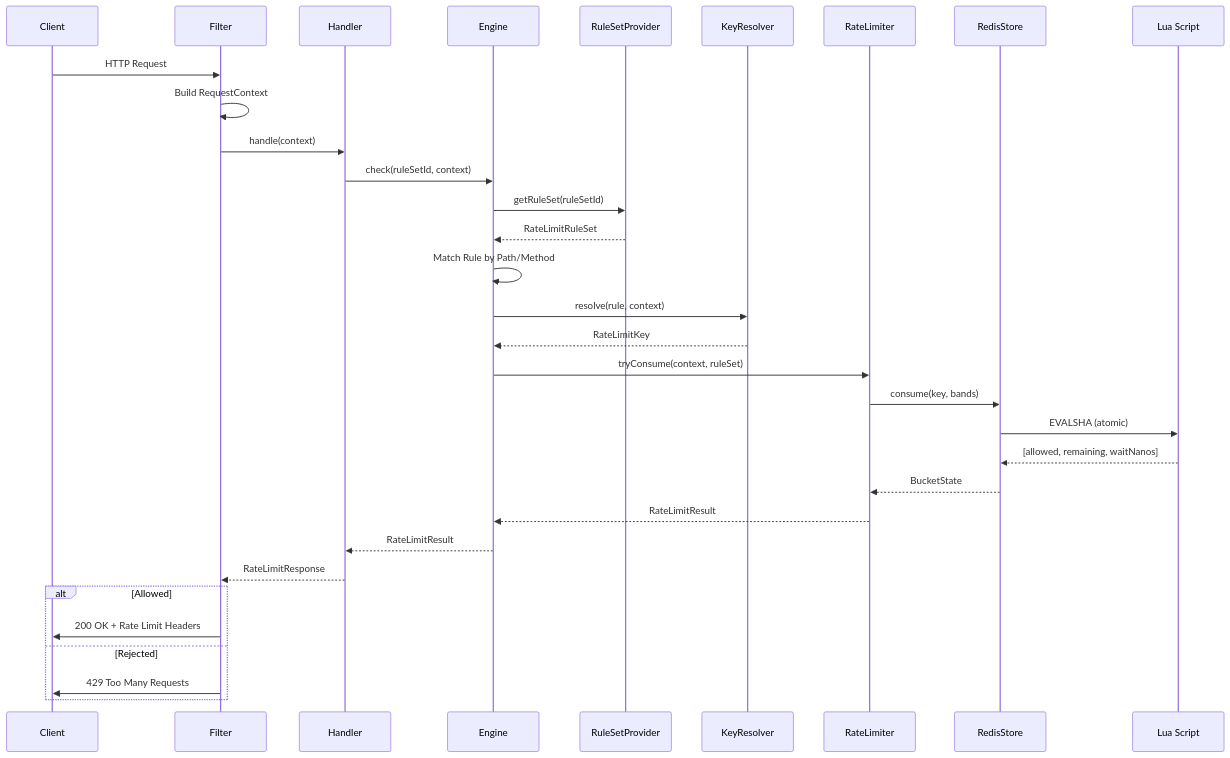
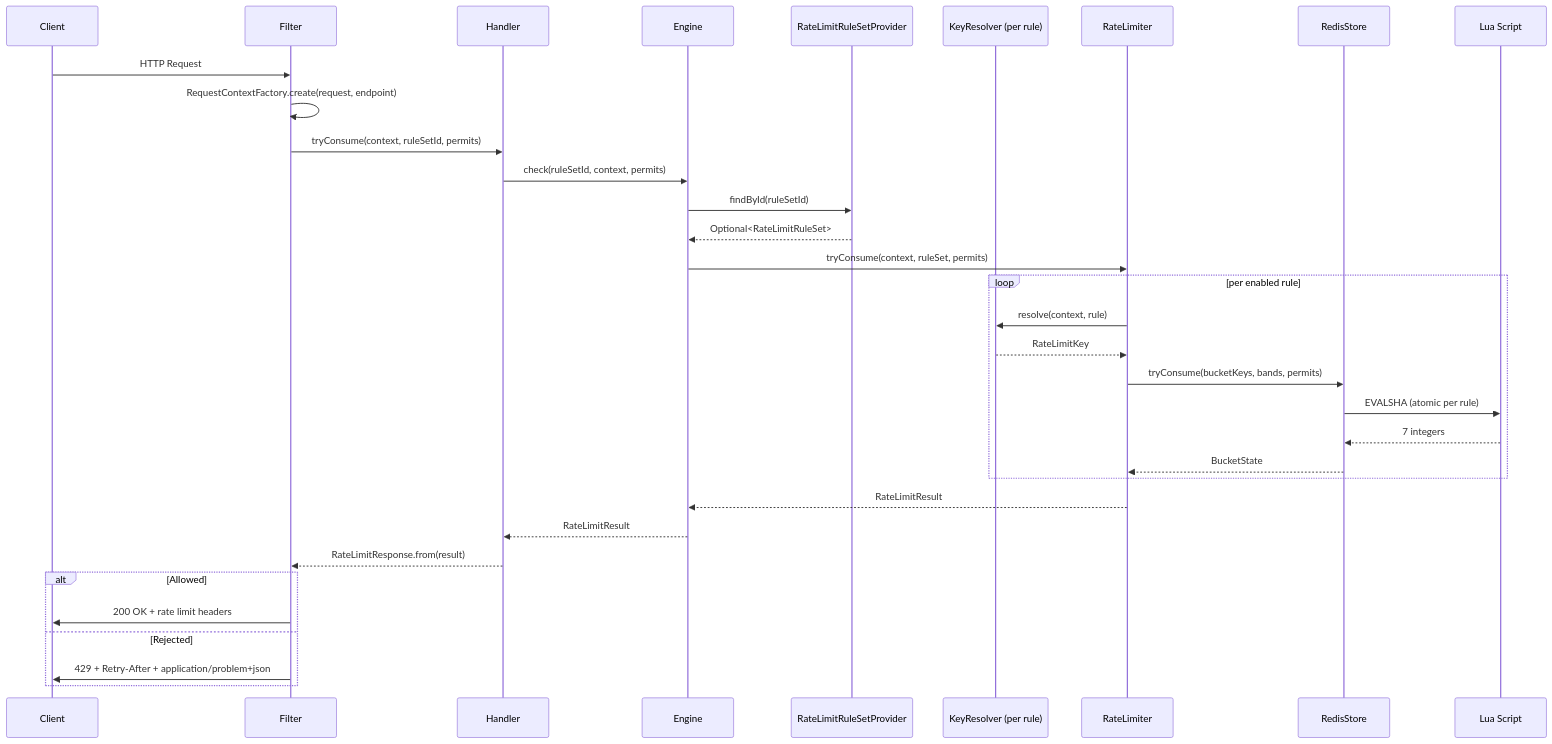
Before and after one commit to OpenFluxGate/fluxgate: the eighth of 11 diagrams in docs/en/architecture/README.md, drawn with Mermaid. The commit also changed other lines of this file and 33 other files, not shown here.

Commit message:
docs: 0.4 README, CHANGELOG, migration guide and architecture docs (EN/KO)

````diff
--- a/docs/en/architecture/README.md
+++ b/docs/en/architecture/README.md
@@ -629,36 +666,37 @@
 ```mermaid
 sequenceDiagram
     participant C as Client
     participant F as Filter
     participant H as Handler
     participant E as Engine
-    participant P as RuleSetProvider
-    participant K as KeyResolver
+    participant P as RateLimitRuleSetProvider
+    participant K as KeyResolver (per rule)
     participant R as RateLimiter
     participant S as RedisStore
     participant L as Lua Script
 
     C->>F: HTTP Request
-    F->>F: Build RequestContext
-    F->>H: handle(context)
-    H->>E: check(ruleSetId, context)
-    E->>P: getRuleSet(ruleSetId)
-    P-->>E: RateLimitRuleSet
-    E->>E: Match Rule by Path/Method
-    E->>K: resolve(rule, context)
-    K-->>E: RateLimitKey
-    E->>R: tryConsume(context, ruleSet)
-    R->>S: consume(key, bands)
-    S->>L: EVALSHA (atomic)
-    L-->>S: [allowed, remaining, waitNanos]
-    S-->>R: BucketState
+    F->>F: RequestContextFactory.create(request, endpoint)
+    F->>H: tryConsume(context, ruleSetId, permits)
+    H->>E: check(ruleSetId, context, permits)
+    E->>P: findById(ruleSetId)
+    P-->>E: Optional<RateLimitRuleSet>
+    E->>R: tryConsume(context, ruleSet, permits)
+    loop per enabled rule
+        R->>K: resolve(context, rule)
+        K-->>R: RateLimitKey
+        R->>S: tryConsume(bucketKeys, bands, permits)
+        S->>L: EVALSHA (atomic per rule)
+        L-->>S: 7 integers
+        S-->>R: BucketState
+    end
     R-->>E: RateLimitResult
     E-->>H: RateLimitResult
-    H-->>F: RateLimitResponse
+    H-->>F: RateLimitResponse.from(result)
 
     alt Allowed
-        F->>C: 200 OK + Rate Limit Headers
+        F->>C: 200 OK + rate limit headers
     else Rejected
-        F->>C: 429 Too Many Requests
+        F->>C: 429 + Retry-After + application/problem+json
     end
 ```
````
